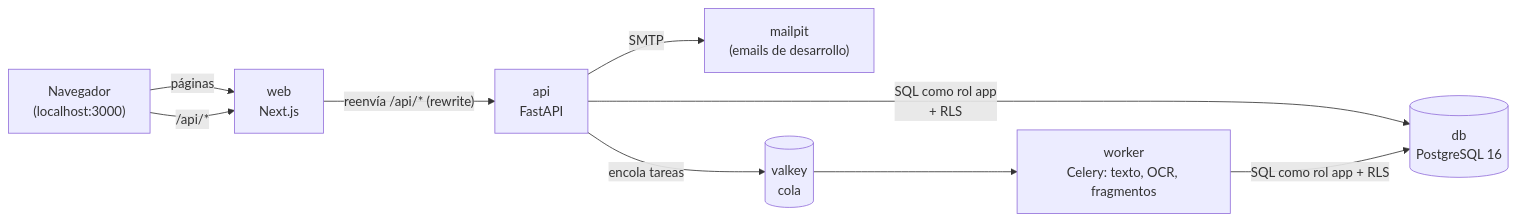
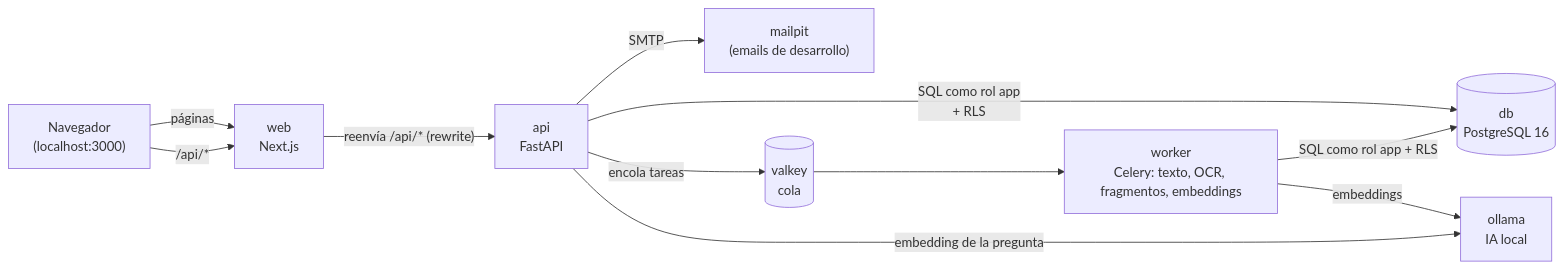
The first of 9 diagrams in docs/arquitectura-del-codigo.md (oeRusso/documind-ai), drawn with Mermaid before and after one commit. The commit also changed other lines of this file and 23 other files, not shown here.

````diff
--- a/docs/arquitectura-del-codigo.md
+++ b/docs/arquitectura-del-codigo.md
@@ -13,11 +13,13 @@
 ```mermaid
 flowchart LR
     B["Navegador<br/>(localhost:3000)"] -->|"páginas"| W["web<br/>Next.js"]
     B -->|"/api/*"| W
     W -->|"reenvía /api/* (rewrite)"| A["api<br/>FastAPI"]
     A -->|"SQL como rol app<br/>+ RLS"| D[("db<br/>PostgreSQL 16")]
     A -->|"SMTP"| M["mailpit<br/>(emails de desarrollo)"]
     A -->|"encola tareas"| V[("valkey<br/>cola")]
-    V --> K["worker<br/>Celery: texto, OCR, fragmentos"]
+    V --> K["worker<br/>Celery: texto, OCR, fragmentos, embeddings"]
+    K -->|"embeddings"| O["ollama<br/>IA local"]
+    A -->|"embedding de la pregunta"| O
     K -->|"SQL como rol app + RLS"| D
 ```
````
